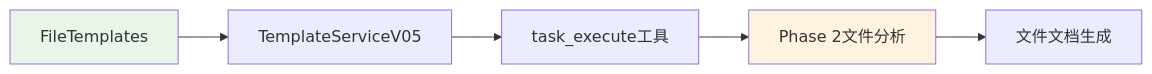
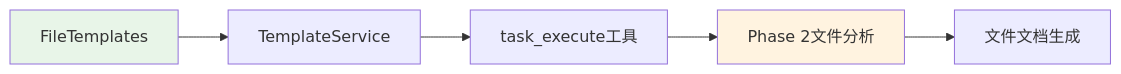
Before and after one commit to MGX-LJY/CodeLens: the second of 2 diagrams in docs/files/summaries/src/templates/templates/file_templates.py.md, drawn with Mermaid. The commit also changed 10 other files, not shown here.

````diff
--- a/docs/files/summaries/src/templates/templates/file_templates.py.md
+++ b/docs/files/summaries/src/templates/templates/file_templates.py.md
@@ -88,10 +88,10 @@
 ```mermaid
 graph LR
-    A[FileTemplates] --> B[TemplateServiceV05]
+    A[FileTemplates] --> B[TemplateService]
     B --> C[task_execute工具]
     C --> D[Phase 2文件分析]
     D --> E[文件文档生成]
     
     style A fill:#e8f5e8
     style D fill:#fff3e0
 ```
````
